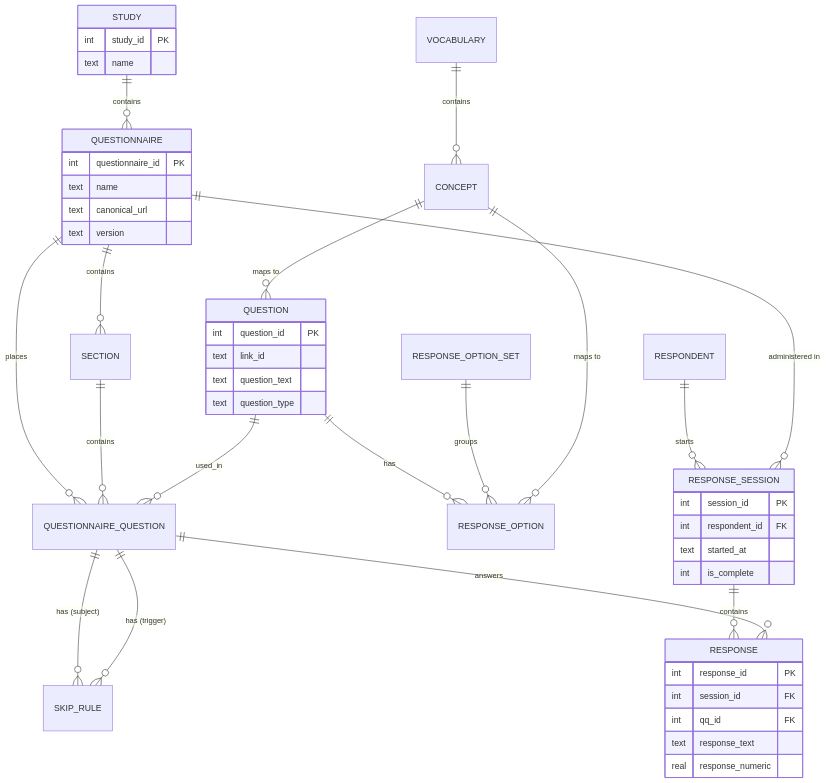
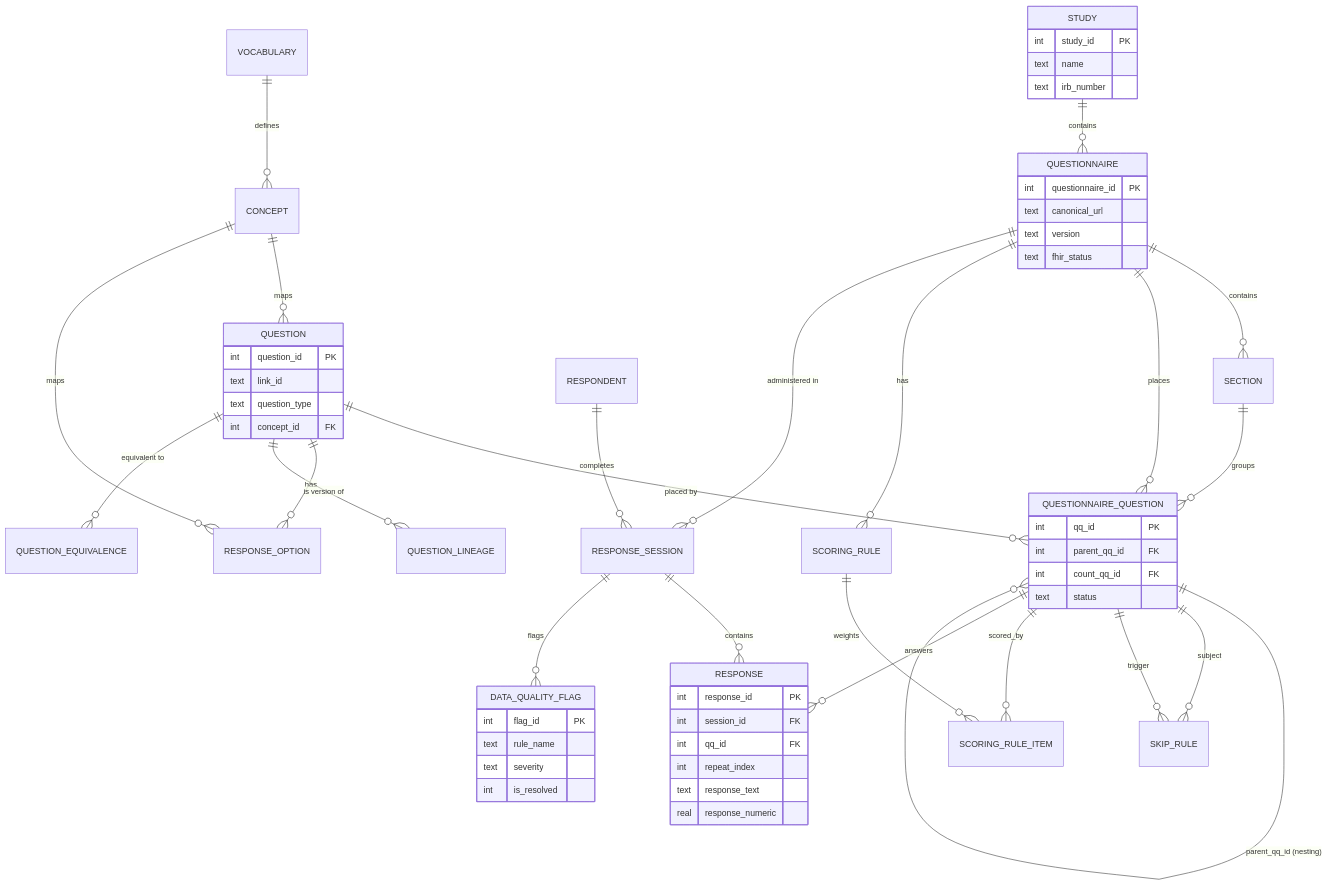
Before and after one commit to quickq-io/quickq: the diagram in docs/database/oltp.md, drawn with Mermaid. The commit also changed other lines of this file and 1 other file, not shown here.

First line of the commit message:
Rewrite database schema docs with accurate, complete coverage

````diff
--- a/docs/database/oltp.md
+++ b/docs/database/oltp.md
@@ -7,51 +23,66 @@
 ```mermaid
 erDiagram
     STUDY ||--o{ QUESTIONNAIRE : contains
     QUESTIONNAIRE ||--o{ SECTION : contains
     QUESTIONNAIRE ||--o{ QUESTIONNAIRE_QUESTION : places
-    SECTION ||--o{ QUESTIONNAIRE_QUESTION : contains
-    QUESTION ||--o{ QUESTIONNAIRE_QUESTION : used_in
+    SECTION ||--o{ QUESTIONNAIRE_QUESTION : groups
+    QUESTION ||--o{ QUESTIONNAIRE_QUESTION : "placed by"
     QUESTION ||--o{ RESPONSE_OPTION : has
-    RESPONSE_OPTION_SET ||--o{ RESPONSE_OPTION : groups
-    QUESTIONNAIRE_QUESTION ||--o{ SKIP_RULE : "has (subject)"
-    QUESTIONNAIRE_QUESTION ||--o{ SKIP_RULE : "has (trigger)"
+    QUESTIONNAIRE_QUESTION ||--o{ QUESTIONNAIRE_QUESTION : "parent_qq_id (nesting)"
+    QUESTIONNAIRE_QUESTION ||--o{ SKIP_RULE : subject
+    QUESTIONNAIRE_QUESTION ||--o{ SKIP_RULE : trigger
+    QUESTIONNAIRE ||--o{ SCORING_RULE : has
+    SCORING_RULE ||--o{ SCORING_RULE_ITEM : weights
+    QUESTIONNAIRE_QUESTION ||--o{ SCORING_RULE_ITEM : scored_by
 
-    RESPONDENT ||--o{ RESPONSE_SESSION : starts
+    RESPONDENT ||--o{ RESPONSE_SESSION : completes
     QUESTIONNAIRE ||--o{ RESPONSE_SESSION : "administered in"
     RESPONSE_SESSION ||--o{ RESPONSE : contains
     QUESTIONNAIRE_QUESTION ||--o{ RESPONSE : answers
+    RESPONSE_SESSION ||--o{ DATA_QUALITY_FLAG : flags
 
-    CONCEPT ||--o{ QUESTION : "maps to"
-    CONCEPT ||--o{ RESPONSE_OPTION : "maps to"
-    VOCABULARY ||--o{ CONCEPT : contains
+    CONCEPT ||--o{ QUESTION : maps
+    CONCEPT ||--o{ RESPONSE_OPTION : maps
+    VOCABULARY ||--o{ CONCEPT : defines
+
+    QUESTION ||--o{ QUESTION_LINEAGE : "is version of"
+    QUESTION ||--o{ QUESTION_EQUIVALENCE : "equivalent to"
 
     STUDY {
         int study_id PK
         text name
+        text irb_number
     }
     QUESTIONNAIRE {
         int questionnaire_id PK
-        text name
         text canonical_url
         text version
+        text fhir_status
     }
     QUESTION {
         int question_id PK
         text link_id
-        text question_text
         text question_type
+        int concept_id FK
     }
-    RESPONSE_SESSION {
-        int session_id PK
-        int respondent_id FK
-        text started_at
-        int is_complete
+    QUESTIONNAIRE_QUESTION {
+        int qq_id PK
+        int parent_qq_id FK
+        int count_qq_id FK
+        text status
     }
     RESPONSE {
         int response_id PK
         int session_id FK
         int qq_id FK
+        int repeat_index
         text response_text
         real response_numeric
     }
+    DATA_QUALITY_FLAG {
+        int flag_id PK
+        text rule_name
+        text severity
+        int is_resolved
+    }
 ```
````
